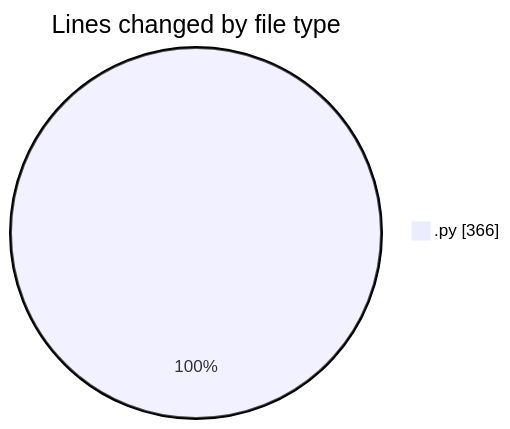
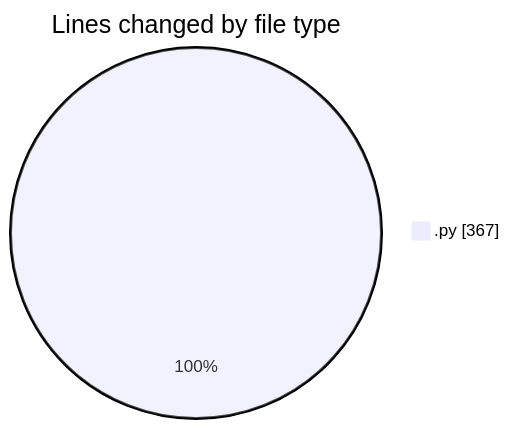
The first of 2 diagrams in 2025-10-10/eventscop-api-guide__workspace_/README.md (julien-gomy/code-tracking), drawn with Mermaid before and after one commit. The commit also changed other lines of this file and 1 other file, not shown here.

````diff
--- a/2025-10-10/eventscop-api-guide__workspace_/README.md
+++ b/2025-10-10/eventscop-api-guide__workspace_/README.md
@@ -21,5 +22,5 @@
 ```mermaid
 pie showData
 title Lines changed by file type
-".py" : 366
+".py" : 367
 ```
````
